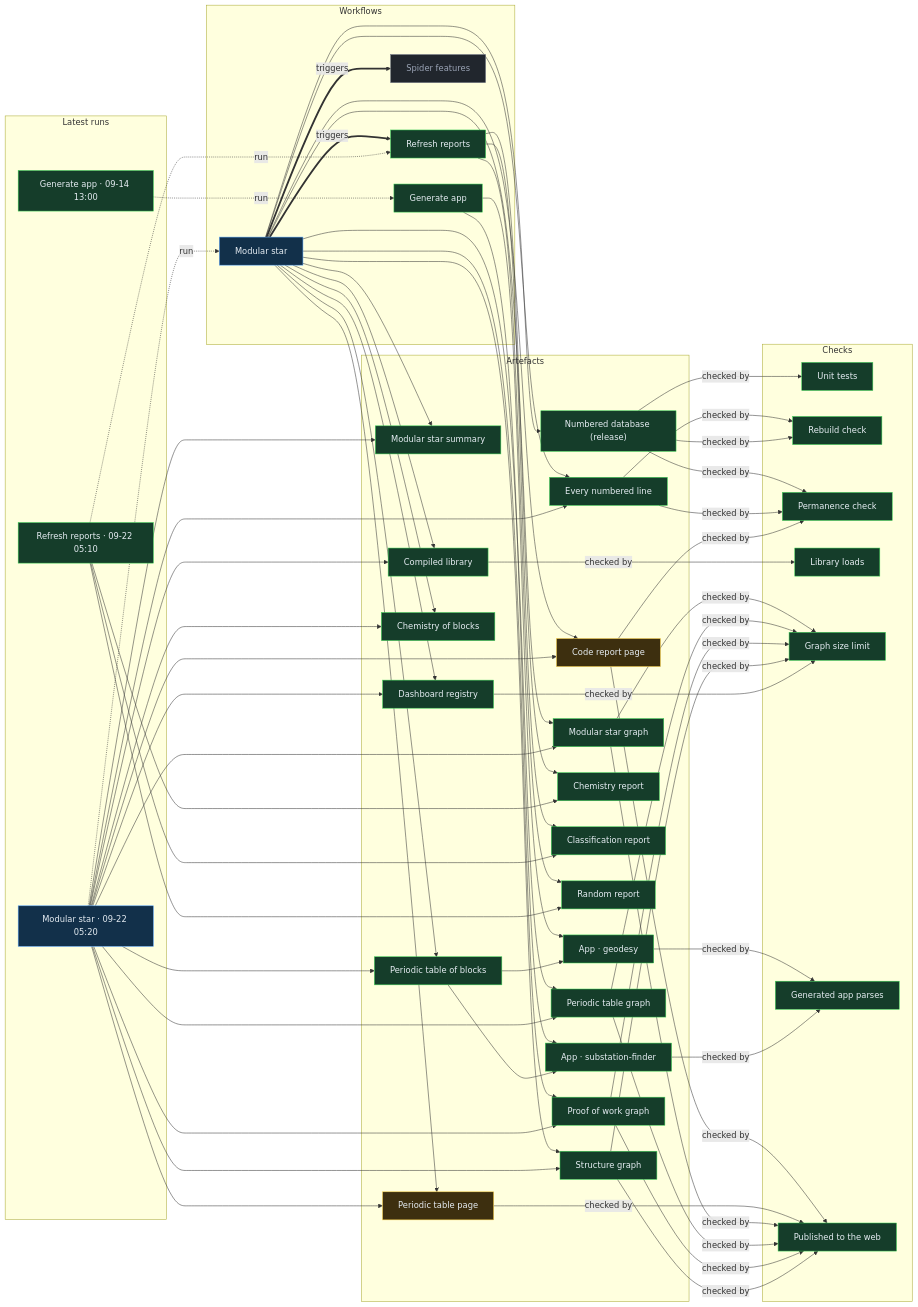
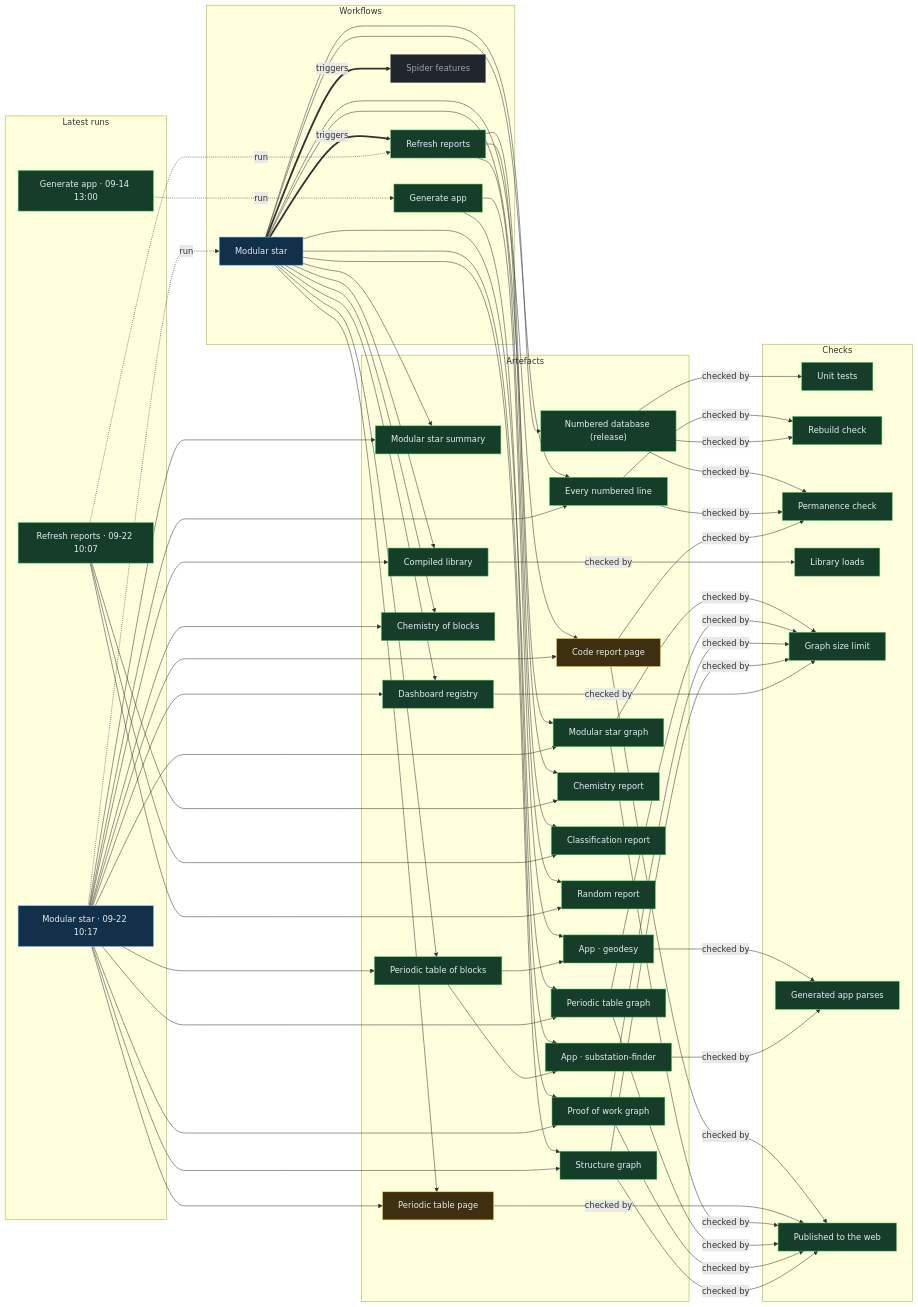
One commit to Ventusltd/stars changed the diagram in proof/PROOF.md. Above: the diagram before and after it, drawn with Mermaid. The commit also changed other lines of this file and 127 other files, not shown here.

Commit message:
Modular star 2026-09-22T10:19Z

```diff
--- a/proof/PROOF.md
+++ b/proof/PROOF.md
@@ -24,8 +24,8 @@
   n_wf_spider_features["Spider features"]:::off
   end
   subgraph g_runs["Latest runs"]
-  n_run_35690302290["Modular star · 09-22 05:20"]:::live
-  n_run_35689677956["Refresh reports · 09-22 05:10"]:::ok
+  n_run_35715138715["Modular star · 09-22 10:17"]:::live
+  n_run_35714208869["Refresh reports · 09-22 10:07"]:::ok
   n_run_34846587798["Generate app · 09-14 13:00"]:::ok
   end
   subgraph g_artefacts["Artefacts"]
@@ -59,39 +59,39 @@
   end
   n_wf_modular_star == triggers ==> n_wf_refresh
   n_wf_modular_star == triggers ==> n_wf_spider_features
-  n_run_35690302290 -. run .-> n_wf_modular_star
-  n_run_35689677956 -. run .-> n_wf_refresh
+  n_run_35715138715 -. run .-> n_wf_modular_star
+  n_run_35714208869 -. run .-> n_wf_refresh
   n_run_34846587798 -. run .-> n_wf_generate
   n_wf_modular_star --> n_art_summary
-  n_run_35690302290 --> n_art_summary
+  n_run_35715138715 --> n_art_summary
   n_wf_modular_star --> n_art_lines
-  n_run_35690302290 --> n_art_lines
+  n_run_35715138715 --> n_art_lines
   n_wf_modular_star --> n_art_code
-  n_run_35690302290 --> n_art_code
+  n_run_35715138715 --> n_art_code
   n_wf_modular_star --> n_art_modular_graph
-  n_run_35690302290 --> n_art_modular_graph
+  n_run_35715138715 --> n_art_modular_graph
   n_wf_modular_star --> n_art_blocks
-  n_run_35690302290 --> n_art_blocks
+  n_run_35715138715 --> n_art_blocks
   n_wf_modular_star --> n_art_table
-  n_run_35690302290 --> n_art_table
+  n_run_35715138715 --> n_art_table
   n_wf_modular_star --> n_art_blocks_graph
-  n_run_35690302290 --> n_art_blocks_graph
+  n_run_35715138715 --> n_art_blocks_graph
   n_wf_modular_star --> n_art_reactions
-  n_run_35690302290 --> n_art_reactions
+  n_run_35715138715 --> n_art_reactions
   n_wf_modular_star --> n_art_library
-  n_run_35690302290 --> n_art_library
+  n_run_35715138715 --> n_art_library
   n_wf_modular_star --> n_art_features
-  n_run_35690302290 --> n_art_features
+  n_run_35715138715 --> n_art_features
   n_wf_modular_star --> n_art_proof
-  n_run_35690302290 --> n_art_proof
+  n_run_35715138715 --> n_art_proof
   n_wf_modular_star --> n_art_structure
-  n_run_35690302290 --> n_art_structure
+  n_run_35715138715 --> n_art_structure
   n_wf_refresh --> n_art_chemistry
-  n_run_35689677956 --> n_art_chemistry
+  n_run_35714208869 --> n_art_chemistry
   n_wf_refresh --> n_art_vedic
-  n_run_35689677956 --> n_art_vedic
+  n_run_35714208869 --> n_art_vedic
   n_wf_refresh --> n_art_random
-  n_run_35689677956 --> n_art_random
+  n_run_35714208869 --> n_art_random
   n_wf_modular_star --> n_art_release
   n_wf_generate --> n_app_geodesy
   n_art_blocks --> n_app_geodesy
```
